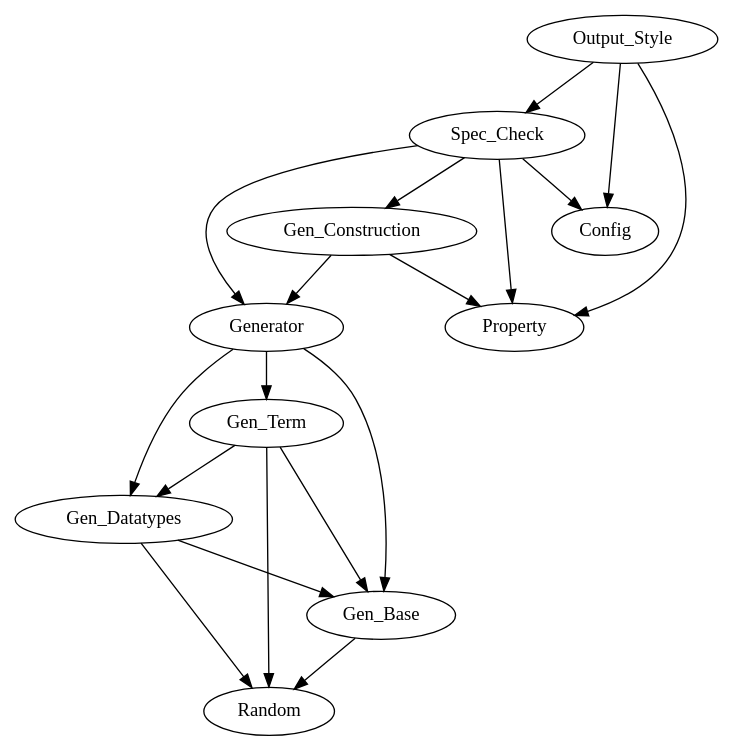
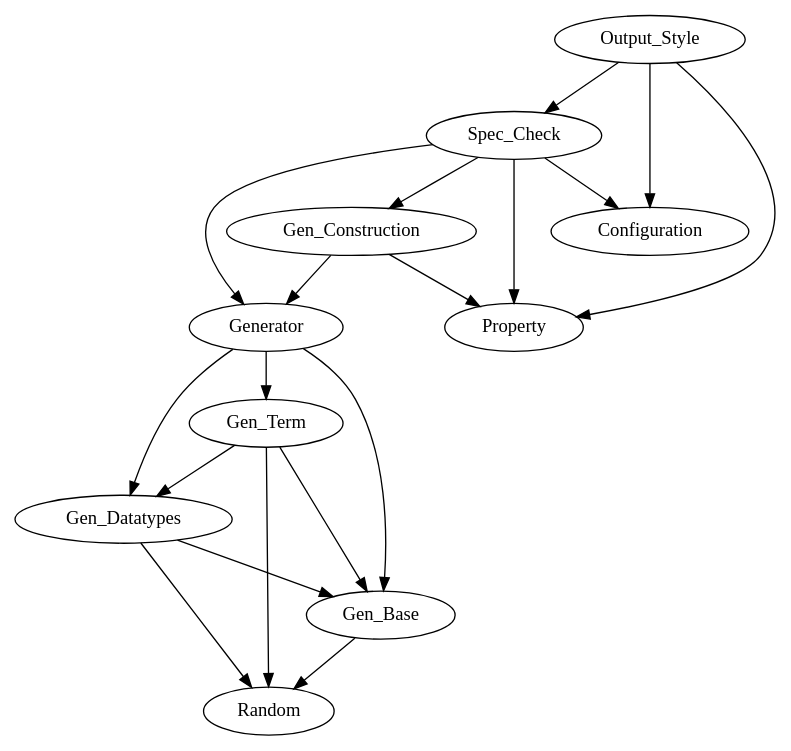
Before and after one commit to kappelmann/SpecCheck: the diagram in dependencies.dot, drawn with Graphviz. The commit also changed 4 other files, not shown here.

```diff
--- a/dependencies.dot
+++ b/dependencies.dot
@@ -1,20 +1,20 @@
 digraph G {
         Gen_Base -> Random
         Gen_Datatypes -> Random
         Gen_Datatypes -> Gen_Base
         Gen_Term -> Random
         Gen_Term -> Gen_Base
         Gen_Term -> Gen_Datatypes
         Generator -> Gen_Base
         Generator -> Gen_Datatypes
         Generator -> Gen_Term
         Spec_Check -> Property
-        Spec_Check -> Config
+        Spec_Check -> Configuration
         Spec_Check -> Generator
         Spec_Check -> Gen_Construction
         Gen_Construction -> Generator
         Gen_Construction -> Property
         Output_Style -> Property
         Output_Style -> Spec_Check
-        Output_Style -> Config
+        Output_Style -> Configuration
 }
```
